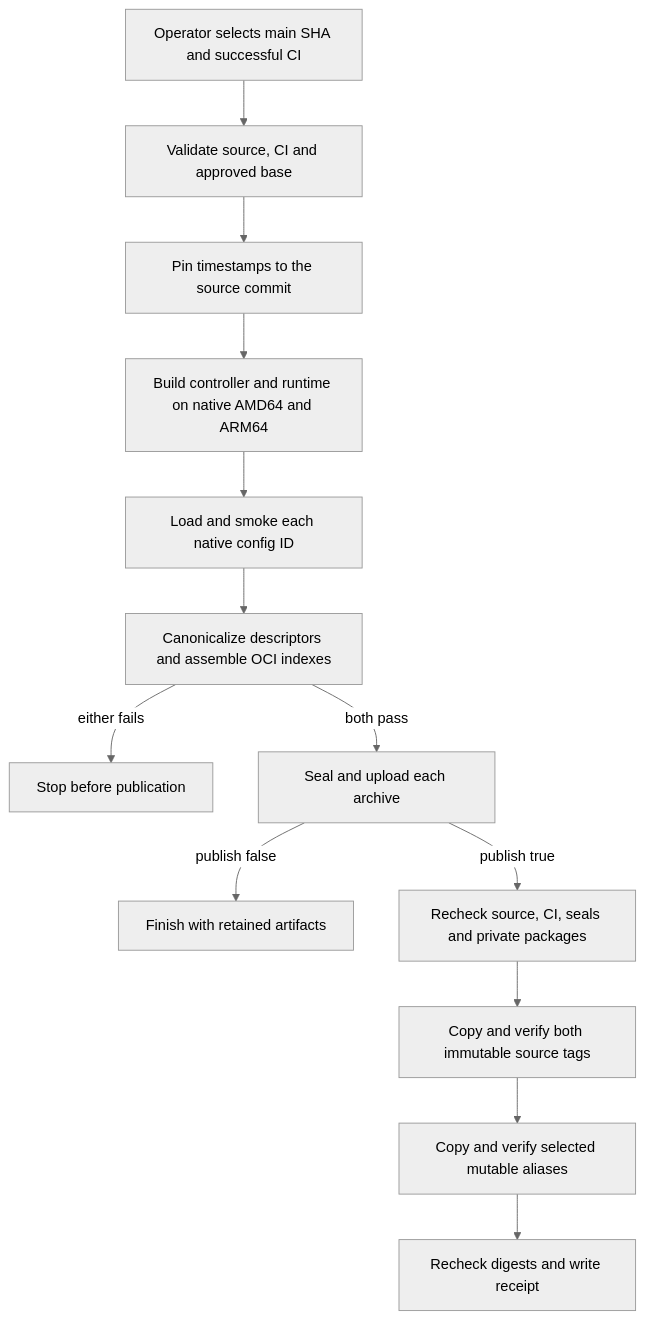
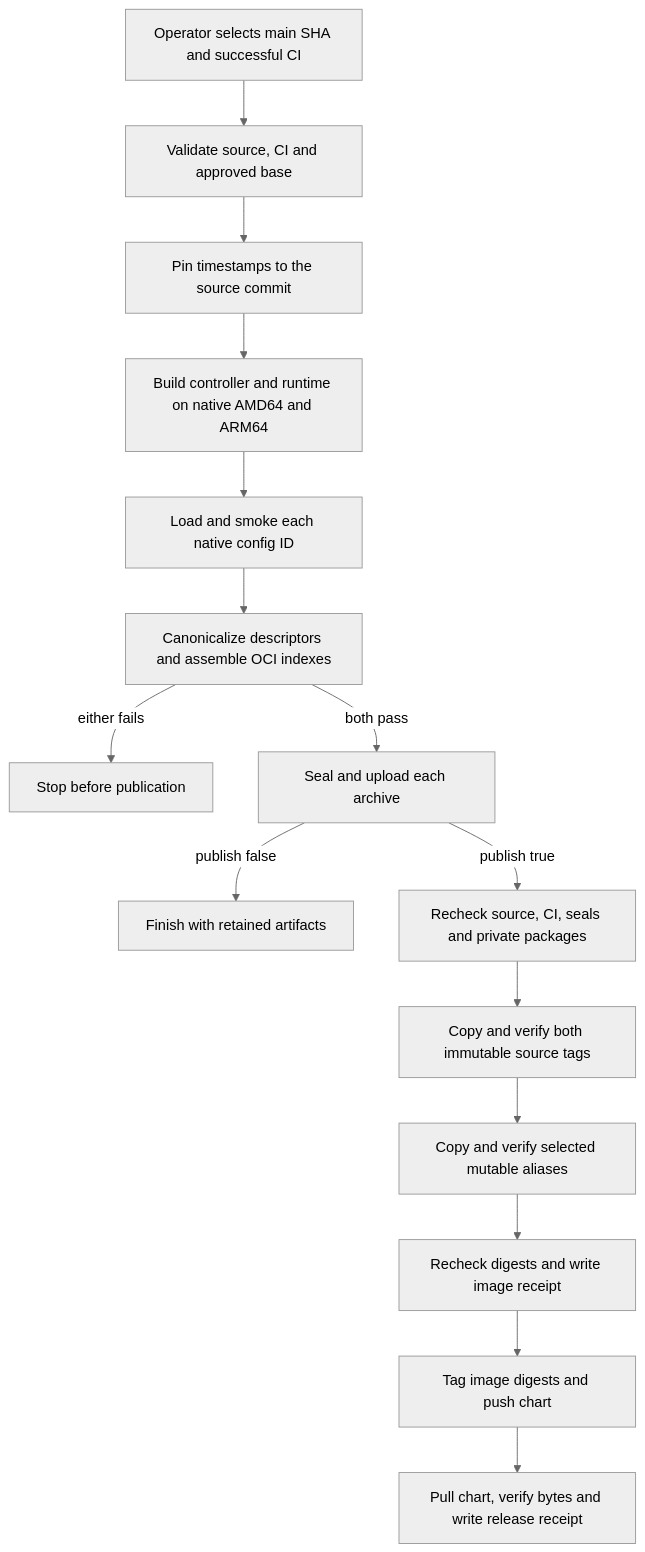
The diagram in docs/flows/container-publication.md (IsaiahStapleton/openclaw-enterprise), drawn with Mermaid (neutral theme) before and after one commit. The commit also changed other lines of this file and 3 other files, not shown here.

Commit message:
docs: explain coupled chart release and operator pull

````diff
--- a/docs/flows/container-publication.md
+++ b/docs/flows/container-publication.md
@@ -30,15 +33,17 @@
 ```mermaid
 graph TD
   A["Operator selects main SHA and successful CI"] --> B["Validate source, CI and approved base"]
   B --> C["Pin timestamps to the source commit"]
   C --> D["Build controller and runtime on native AMD64 and ARM64"]
   D --> E["Load and smoke each native config ID"]
   E --> H["Canonicalize descriptors and assemble OCI indexes"]
   H -->|either fails| X["Stop before publication"]
   H -->|both pass| F["Seal and upload each archive"]
   F -->|publish false| G["Finish with retained artifacts"]
   F -->|publish true| I["Recheck source, CI, seals and private packages"]
   I --> J["Copy and verify both immutable source tags"]
   J --> K["Copy and verify selected mutable aliases"]
-  K --> L["Recheck digests and write receipt"]
+  K --> L["Recheck digests and write image receipt"]
+  L --> M["Tag image digests and push chart"]
+  M --> N["Pull chart, verify bytes and write release receipt"]
 ```
````
